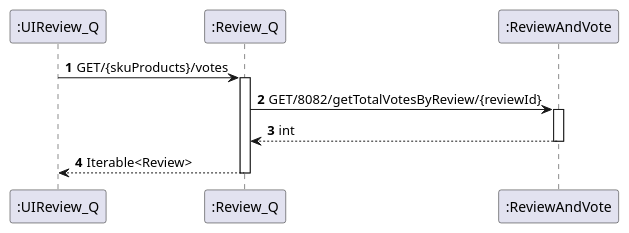
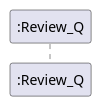
The diagram in Review1_Q/Documentação/N2/GetReviewOrderByVote.puml (1201441BrunoPereira/Trabalho2Reviews), drawn with PlantUML before and after one commit. The commit also changed 8 other files, not shown here.

Commit message:
Atualização Diagramas

```diff
--- a/Review1_Q/Documentação/N2/GetReviewOrderByVote.puml
+++ b/Review1_Q/Documentação/N2/GetReviewOrderByVote.puml
@@ -1,17 +1,11 @@
 @startuml
 'https://plantuml.com/sequence-diagram
 
 autoactivate on
 autonumber
 
-participant ":UIReview_Q" as rev
-participant ":Review_Q" as rev1
-participant ":ReviewAndVote" as vote
+participant ":Review_Q" as rev
 
-rev -> rev1: GET/{skuProducts}/votes
-rev1 -> vote: GET/8082/getTotalVotesByReview/{reviewId}
-vote --> rev1: int
-rev1 --> rev: Iterable<Review>
 
 
 @enduml
```
